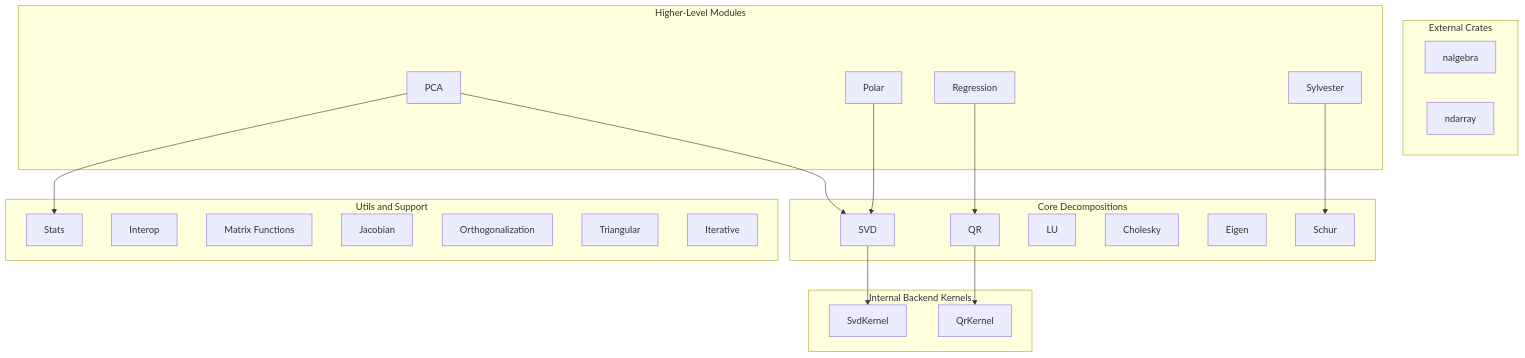
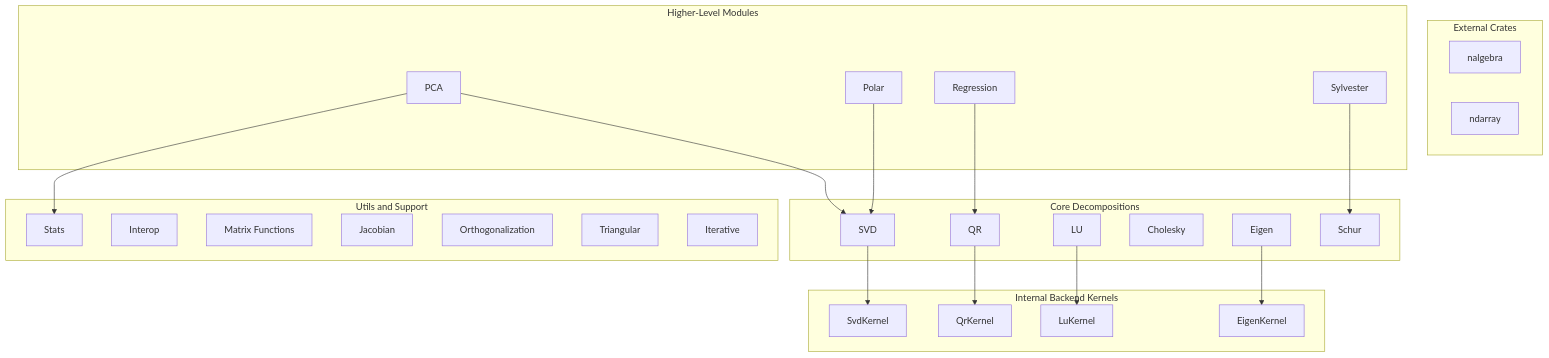
The diagram in docs/architecture.md (MontOpsInc/nabled), drawn with Mermaid before and after one commit. The commit also changed other lines of this file and 6 other files, not shown here.

Commit message:
feat: eigen leverages backend kernels

````diff
--- a/docs/architecture.md
+++ b/docs/architecture.md
@@ -7,46 +7,50 @@
 ```mermaid
 flowchart TB
     subgraph External [External Crates]
         nalgebra[nalgebra]
         ndarray[ndarray]
     end
 
     subgraph Backend [Internal Backend Kernels]
         backend_svd[SvdKernel]
         backend_qr[QrKernel]
+        backend_lu[LuKernel]
+        backend_eigen[EigenKernel]
     end
 
     subgraph Core [Core Decompositions]
         svd[SVD]
         qr[QR]
         lu[LU]
         cholesky[Cholesky]
         eigen[Eigen]
         schur[Schur]
     end
 
     subgraph HigherLevel [Higher-Level Modules]
         pca[PCA]
         regression[Regression]
         polar[Polar]
         sylvester[Sylvester]
     end
 
     subgraph Utils [Utils and Support]
         stats[Stats]
         interop[Interop]
         matrix_functions[Matrix Functions]
         jacobian[Jacobian]
         orthogonalization[Orthogonalization]
         triangular[Triangular]
         iterative[Iterative]
     end
 
     svd --> backend_svd
     qr --> backend_qr
+    lu --> backend_lu
+    eigen --> backend_eigen
     pca --> stats
     pca --> svd
     regression --> qr
     polar --> svd
     sylvester --> schur
 ```
````
